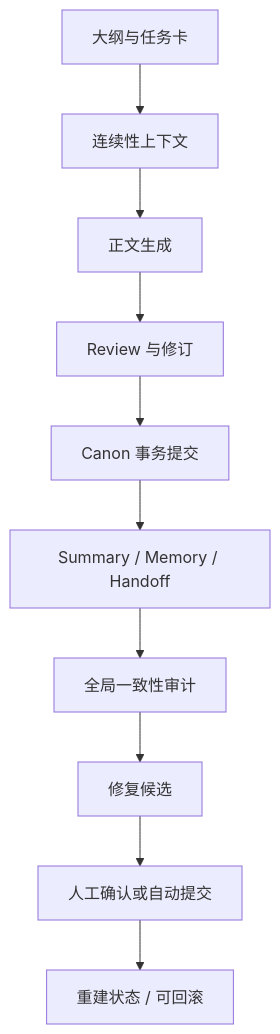
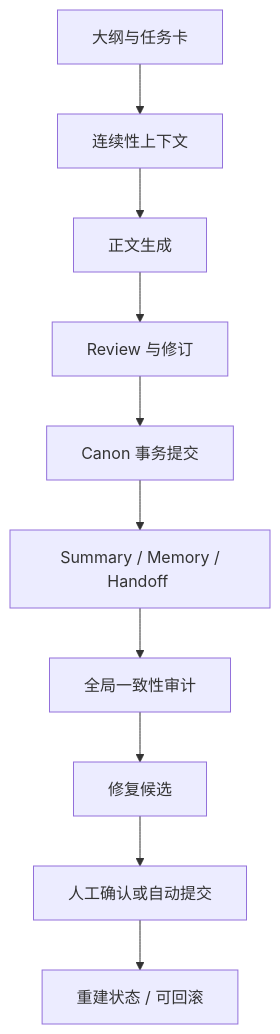
The first of 3 diagrams in README.md (shjkea/NovelAgent), drawn with Mermaid before and after one commit. The commit also changed other lines of this file and 1 other file, not shown here.

Commit message:
Fix Mermaid text clipping

````diff
--- a/README.md
+++ b/README.md
@@ -15,12 +15,12 @@
 ```mermaid
 flowchart TD
-    A["大纲与任务卡"] --> B["连续性上下文"]
-    B --> C["正文生成"]
-    C --> D["Review 与修订"]
-    D --> E["Canon 事务提交"]
-    E --> F["Summary / Memory / Handoff"]
-    F --> G["全局一致性审计"]
-    G --> H["修复候选"]
-    H --> I["人工确认或自动提交"]
-    I --> J["重建状态 / 可回滚"]
+    A["&nbsp;大纲与任务卡&nbsp;"] --> B["&nbsp;连续性上下文&nbsp;"]
+    B --> C["&nbsp;正文生成&nbsp;"]
+    C --> D["&nbsp;Review 与修订&nbsp;"]
+    D --> E["&nbsp;Canon 事务提交&nbsp;"]
+    E --> F["&nbsp;Summary / Memory / Handoff&nbsp;"]
+    F --> G["&nbsp;全局一致性审计&nbsp;"]
+    G --> H["&nbsp;修复候选&nbsp;"]
+    H --> I["&nbsp;人工确认或自动提交&nbsp;"]
+    I --> J["&nbsp;重建状态 / 可回滚&nbsp;"]
 ```
````
